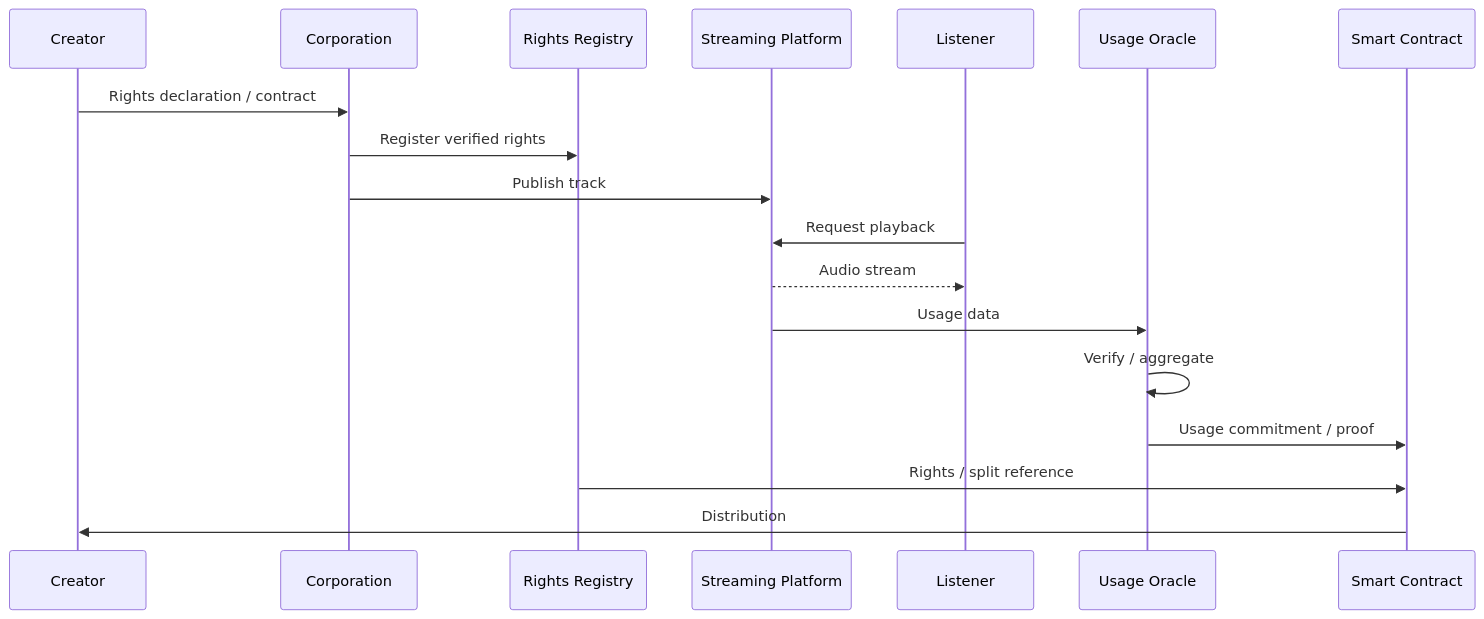
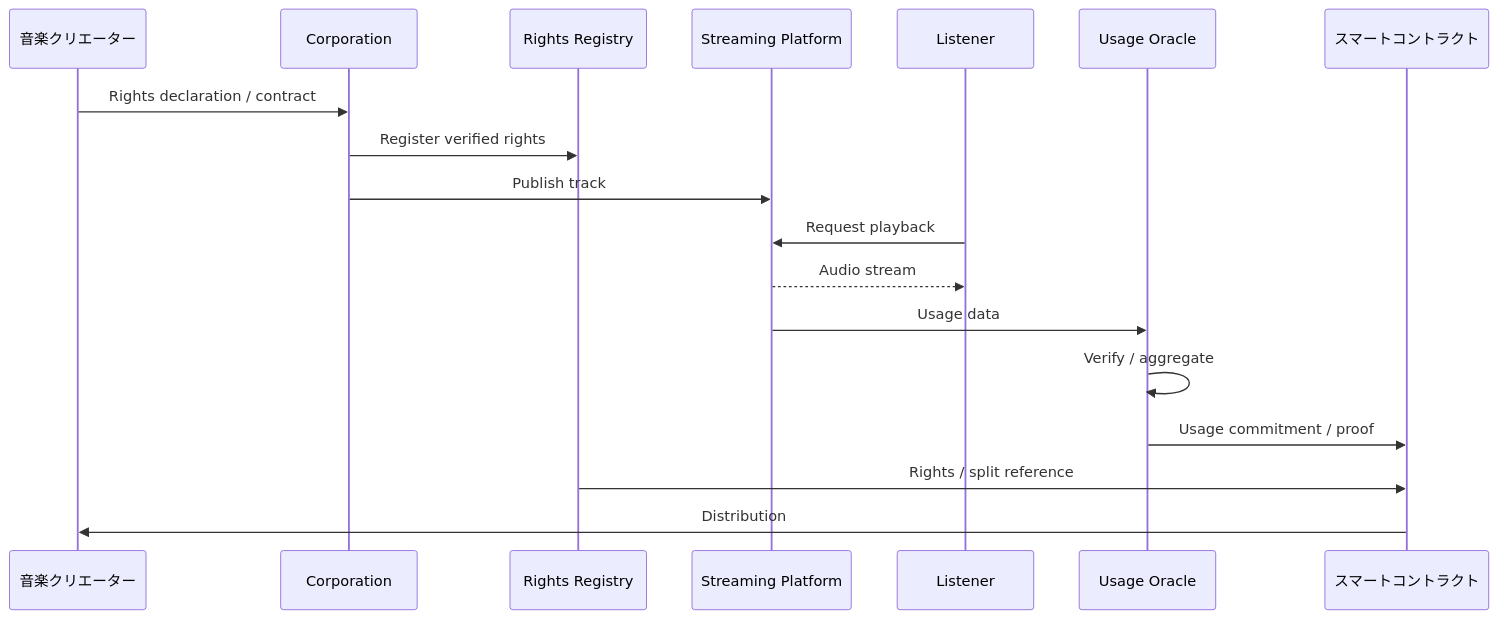
Before and after one commit to ShigeichiroYamasaki/creator-first-platform: diagram 26 of 27 in docs/whitepaper/04-platform-architecture.md, drawn with Mermaid. The commit also changed other lines of this file and 67 other files, not shown here.

````diff
--- a/docs/whitepaper/04-platform-architecture.md
+++ b/docs/whitepaper/04-platform-architecture.md
@@ -837,21 +837,21 @@
 ```mermaid
 sequenceDiagram
-    participant C as Creator
+    participant C as 音楽クリエーター
     participant Corp as Corporation
     participant R as Rights Registry
     participant S as Streaming Platform
     participant U as Listener
     participant O as Usage Oracle
-    participant SC as Smart Contract
+    participant SC as スマートコントラクト
 
     C->>Corp: Rights declaration / contract
     Corp->>R: Register verified rights
     Corp->>S: Publish track
     U->>S: Request playback
     S-->>U: Audio stream
     S->>O: Usage data
     O->>O: Verify / aggregate
     O->>SC: Usage commitment / proof
     R->>SC: Rights / split reference
     SC->>C: Distribution
 ```
````
